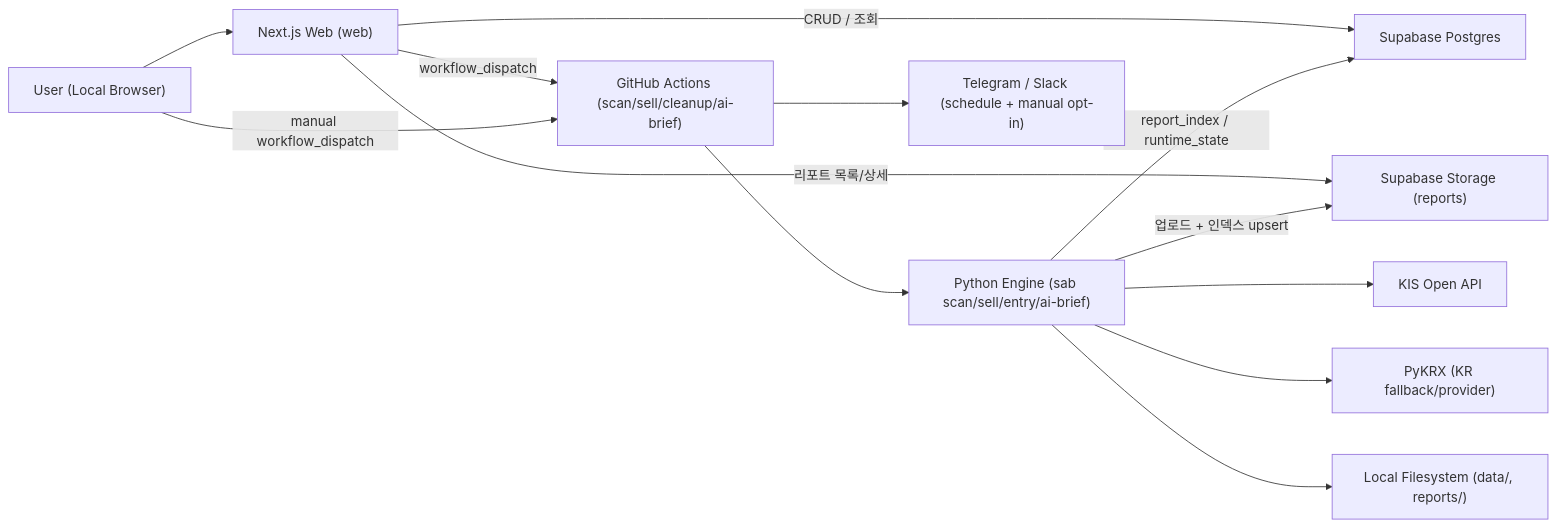
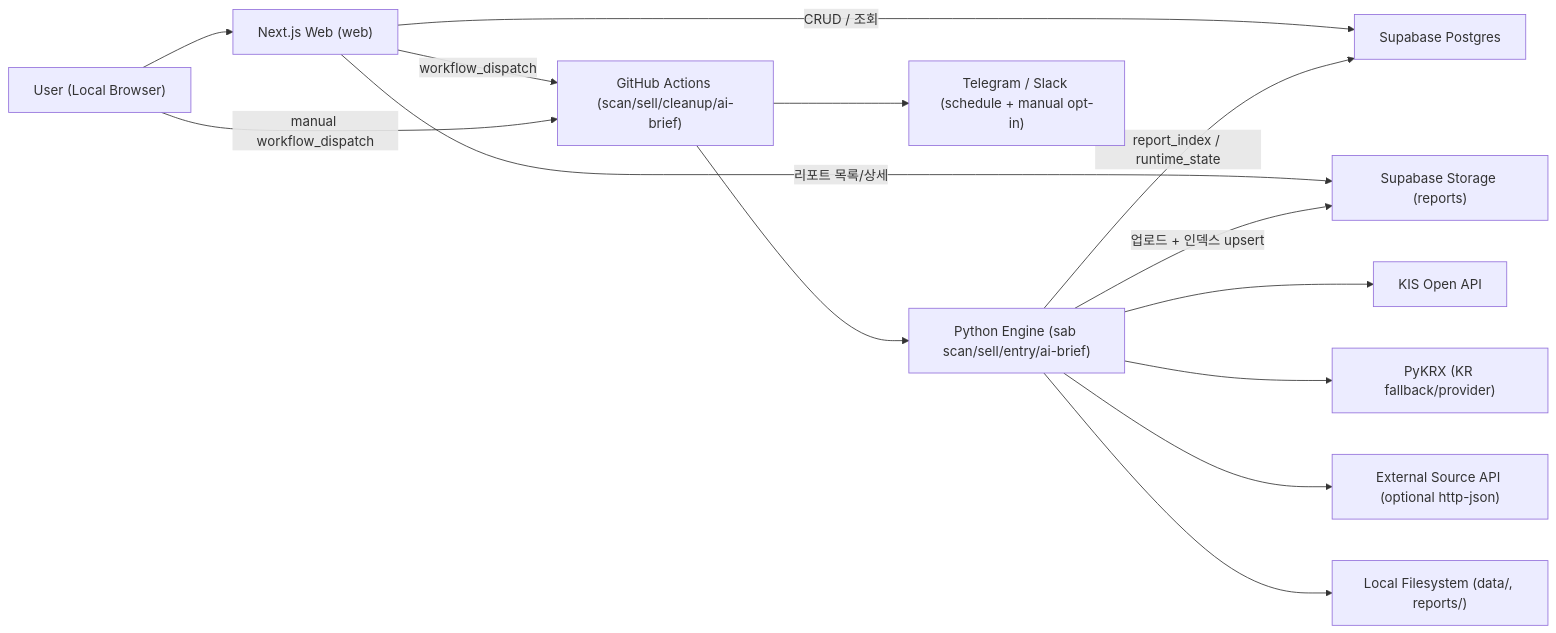
Before and after one commit to mochafreddo/swing-trading-report: the diagram in docs/ARCHITECTURE.md, drawn with Mermaid. The commit also changed other lines of this file and 11 other files, not shown here.

First line of the commit message:
feat(ai-brief): 외부 HTTP JSON 소스 공급자 추가

````diff
--- a/docs/ARCHITECTURE.md
+++ b/docs/ARCHITECTURE.md
@@ -35,17 +35,18 @@
 ```mermaid
 flowchart LR
   U["User (Local Browser)"] --> W["Next.js Web (web)"]
   W -->|CRUD / 조회| SDB["Supabase Postgres"]
   W -->|리포트 목록/상세| SST["Supabase Storage (reports)"]
   W -->|workflow_dispatch| GHA["GitHub Actions (scan/sell/cleanup/ai-brief)"]
   U -->|manual workflow_dispatch| GHA
 
   GHA --> P["Python Engine (sab scan/sell/entry/ai-brief)"]
   P --> KIS["KIS Open API"]
   P --> PY["PyKRX (KR fallback/provider)"]
+  P --> SRC["External Source API (optional http-json)"]
   P --> LF["Local Filesystem (data/, reports/)"]
   P -->|업로드 + 인덱스 upsert| SST
   P -->|report_index / runtime_state| SDB
 
   GHA --> TG["Telegram / Slack (schedule + manual opt-in)"]
 ```
````
